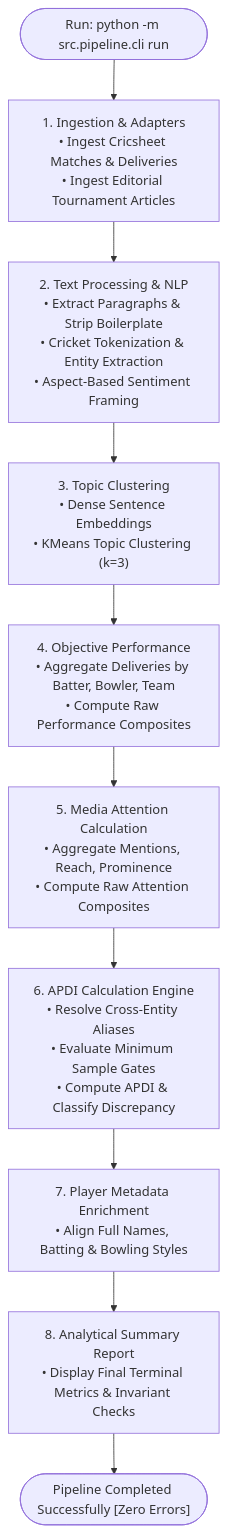
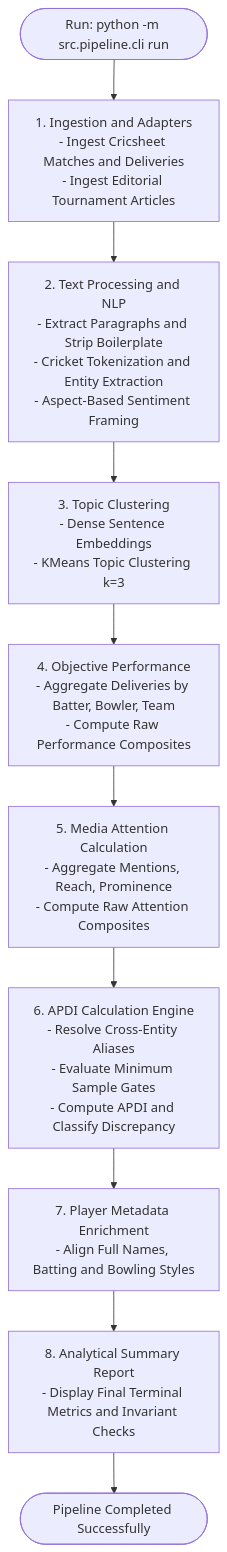
Before and after one commit to Ritesh-panda/T20-Cricket-Intelligence-Platform: the seventh of 7 diagrams in README.md, drawn with Mermaid. The commit also changed other lines of this file, not shown here.

Commit message:
docs(readme): fix GitHub Mermaid syntax errors across all architectural diagrams

````diff
--- a/README.md
+++ b/README.md
@@ -417,12 +417,12 @@
 ```mermaid
 flowchart TD
-    START(["Run: python -m src.pipeline.cli run"]) --> STEP1["1. Ingestion & Adapters\n• Ingest Cricsheet Matches & Deliveries\n• Ingest Editorial Tournament Articles"]
-    STEP1 --> STEP2["2. Text Processing & NLP\n• Extract Paragraphs & Strip Boilerplate\n• Cricket Tokenization & Entity Extraction\n• Aspect-Based Sentiment Framing"]
-    STEP2 --> STEP3["3. Topic Clustering\n• Dense Sentence Embeddings\n• KMeans Topic Clustering (k=3)"]
-    STEP3 --> STEP4["4. Objective Performance\n• Aggregate Deliveries by Batter, Bowler, Team\n• Compute Raw Performance Composites"]
-    STEP4 --> STEP5["5. Media Attention Calculation\n• Aggregate Mentions, Reach, Prominence\n• Compute Raw Attention Composites"]
-    STEP5 --> STEP6["6. APDI Calculation Engine\n• Resolve Cross-Entity Aliases\n• Evaluate Minimum Sample Gates\n• Compute APDI & Classify Discrepancy"]
-    STEP6 --> STEP7["7. Player Metadata Enrichment\n• Align Full Names, Batting & Bowling Styles"]
-    STEP7 --> STEP8["8. Analytical Summary Report\n• Display Final Terminal Metrics & Invariant Checks"]
-    STEP8 --> END(["Pipeline Completed Successfully [Zero Errors]"])
+    START(["Run: python -m src.pipeline.cli run"]) --> STEP1["1. Ingestion and Adapters<br/>- Ingest Cricsheet Matches and Deliveries<br/>- Ingest Editorial Tournament Articles"]
+    STEP1 --> STEP2["2. Text Processing and NLP<br/>- Extract Paragraphs and Strip Boilerplate<br/>- Cricket Tokenization and Entity Extraction<br/>- Aspect-Based Sentiment Framing"]
+    STEP2 --> STEP3["3. Topic Clustering<br/>- Dense Sentence Embeddings<br/>- KMeans Topic Clustering k=3"]
+    STEP3 --> STEP4["4. Objective Performance<br/>- Aggregate Deliveries by Batter, Bowler, Team<br/>- Compute Raw Performance Composites"]
+    STEP4 --> STEP5["5. Media Attention Calculation<br/>- Aggregate Mentions, Reach, Prominence<br/>- Compute Raw Attention Composites"]
+    STEP5 --> STEP6["6. APDI Calculation Engine<br/>- Resolve Cross-Entity Aliases<br/>- Evaluate Minimum Sample Gates<br/>- Compute APDI and Classify Discrepancy"]
+    STEP6 --> STEP7["7. Player Metadata Enrichment<br/>- Align Full Names, Batting and Bowling Styles"]
+    STEP7 --> STEP8["8. Analytical Summary Report<br/>- Display Final Terminal Metrics and Invariant Checks"]
+    STEP8 --> END(["Pipeline Completed Successfully"])
 ```
````
